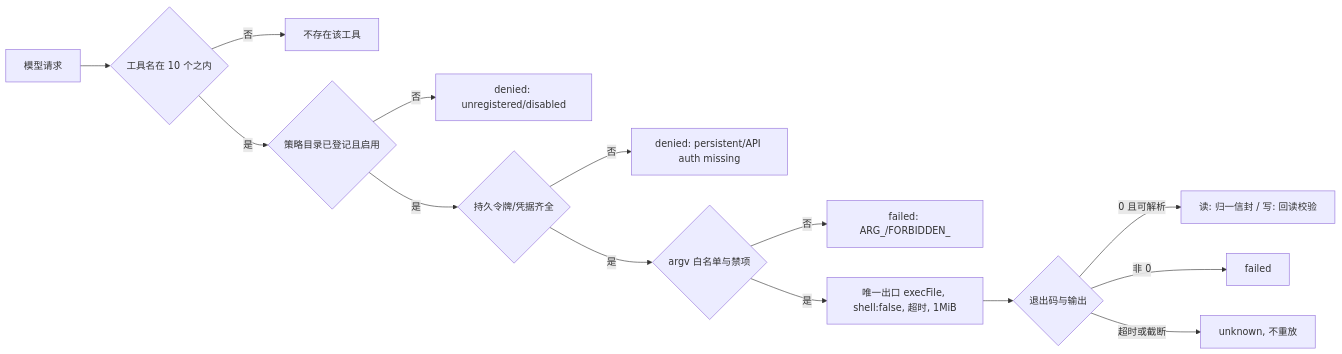
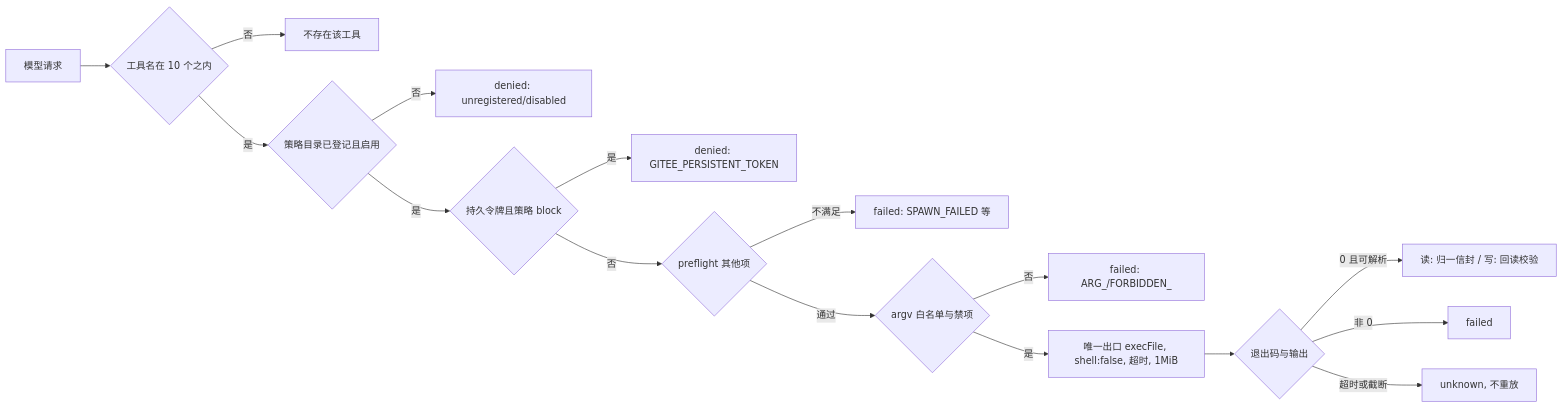
Before and after one commit to hrygo/heluo-forge: the diagram in docs/design/plugins/forge-gitee.md, drawn with Mermaid. The commit also changed other lines of this file and 27 other files, not shown here.

````diff
--- a/docs/design/plugins/forge-gitee.md
+++ b/docs/design/plugins/forge-gitee.md
@@ -170,16 +170,18 @@
 ```mermaid
 flowchart LR
   A[模型请求] --> B{工具名在 10 个之内}
   B -->|否| C[不存在该工具]
   B -->|是| D{策略目录已登记且启用}
   D -->|否| E[denied: unregistered/disabled]
-  D -->|是| F{持久令牌/凭据齐全}
-  F -->|否| G[denied: persistent/API auth missing]
-  F -->|是| H{argv 白名单与禁项}
+  D -->|是| F{持久令牌且策略 block}
+  F -->|是| G[denied: GITEE_PERSISTENT_TOKEN]
+  F -->|否| P{preflight 其他项}
+  P -->|不满足| Q[failed: SPAWN_FAILED 等]
+  P -->|通过| H{argv 白名单与禁项}
   H -->|否| I[failed: ARG_/FORBIDDEN_]
   H -->|是| J[唯一出口 execFile, shell:false, 超时, 1MiB]
   J --> K{退出码与输出}
   K -->|0 且可解析| L[读: 归一信封 / 写: 回读校验]
   K -->|非 0| M[failed]
   K -->|超时或截断| N[unknown, 不重放]
 ```
````
